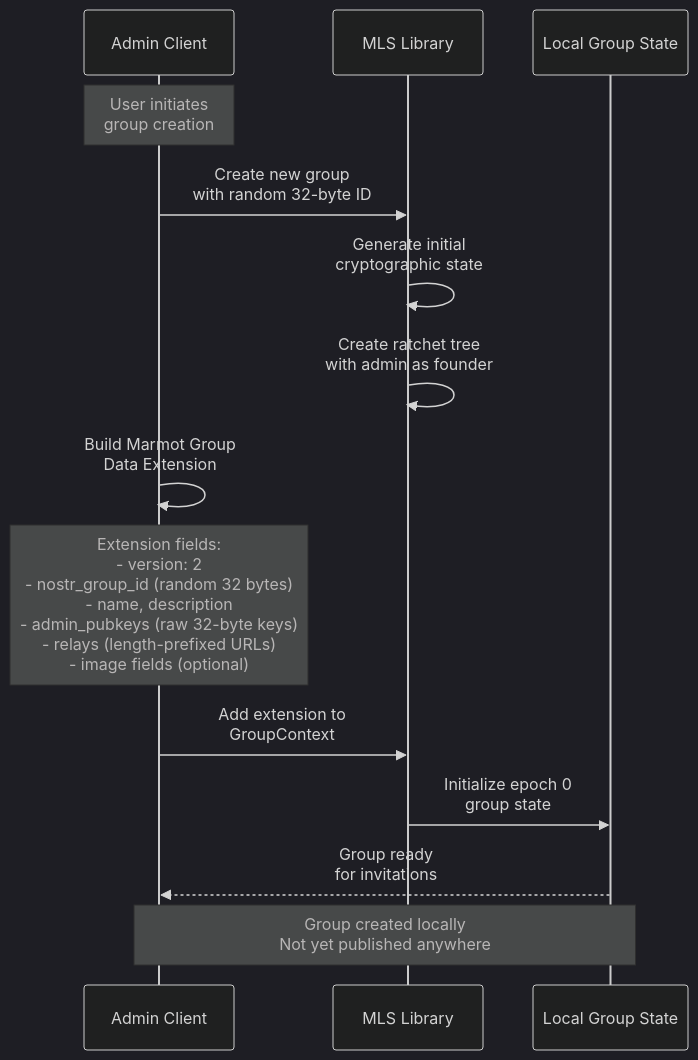
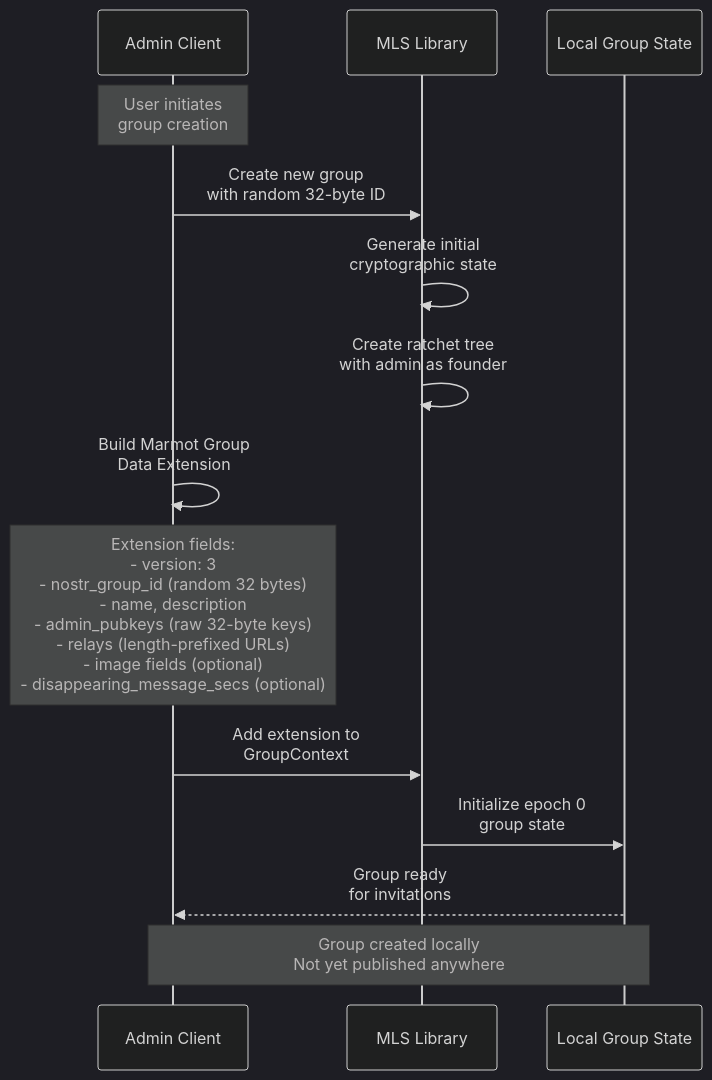
Before and after one commit to hzrd149/marmot: the second of 10 diagrams in data_flows.md, drawn with Mermaid (dark theme). The commit also changed other lines of this file and 5 other files, not shown here.

Commit message:
feat(MIP-01, MIP-03): add disappearing messages, bump extension to v3 (#66)

````diff
--- a/data_flows.md
+++ b/data_flows.md
@@ -108,26 +108,26 @@
 ```mermaid
 sequenceDiagram
     participant A as Admin Client
     participant MLS as MLS Library
     participant GS as Local Group State
 
     Note over A: User initiates<br/>group creation
 
     A->>MLS: Create new group<br/>with random 32-byte ID
 
     MLS->>MLS: Generate initial<br/>cryptographic state
 
     MLS->>MLS: Create ratchet tree<br/>with admin as founder
 
     A->>A: Build Marmot Group<br/>Data Extension
 
-    Note over A: Extension fields:<br/>- version: 2<br/>- nostr_group_id (random 32 bytes)<br/>- name, description<br/>- admin_pubkeys (raw 32-byte keys)<br/>- relays (length-prefixed URLs)<br/>- image fields (optional)
+    Note over A: Extension fields:<br/>- version: 3<br/>- nostr_group_id (random 32 bytes)<br/>- name, description<br/>- admin_pubkeys (raw 32-byte keys)<br/>- relays (length-prefixed URLs)<br/>- image fields (optional)<br/>- disappearing_message_secs (optional)
 
     A->>MLS: Add extension to<br/>GroupContext
 
     MLS->>GS: Initialize epoch 0<br/>group state
 
     GS-->>A: Group ready<br/>for invitations
 
     Note over A,GS: Group created locally<br/>Not yet published anywhere
 ```
````
